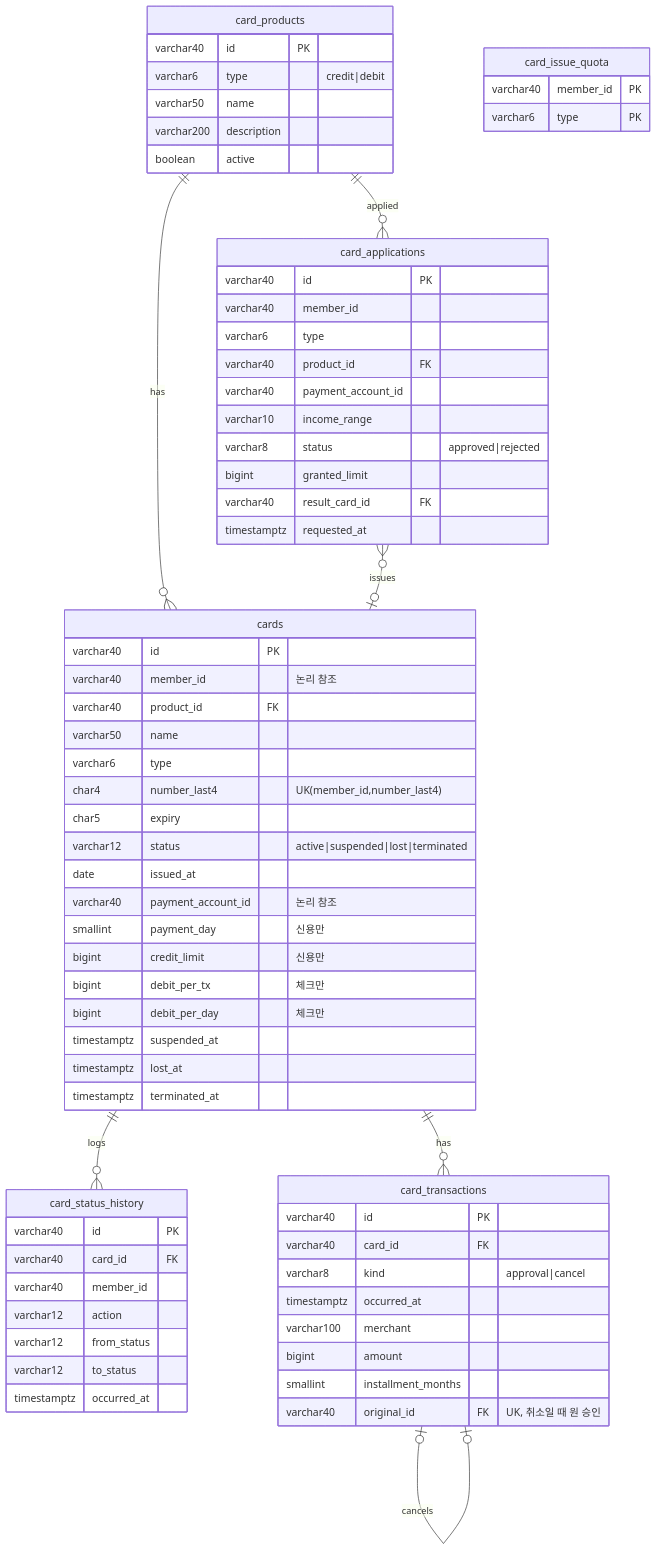
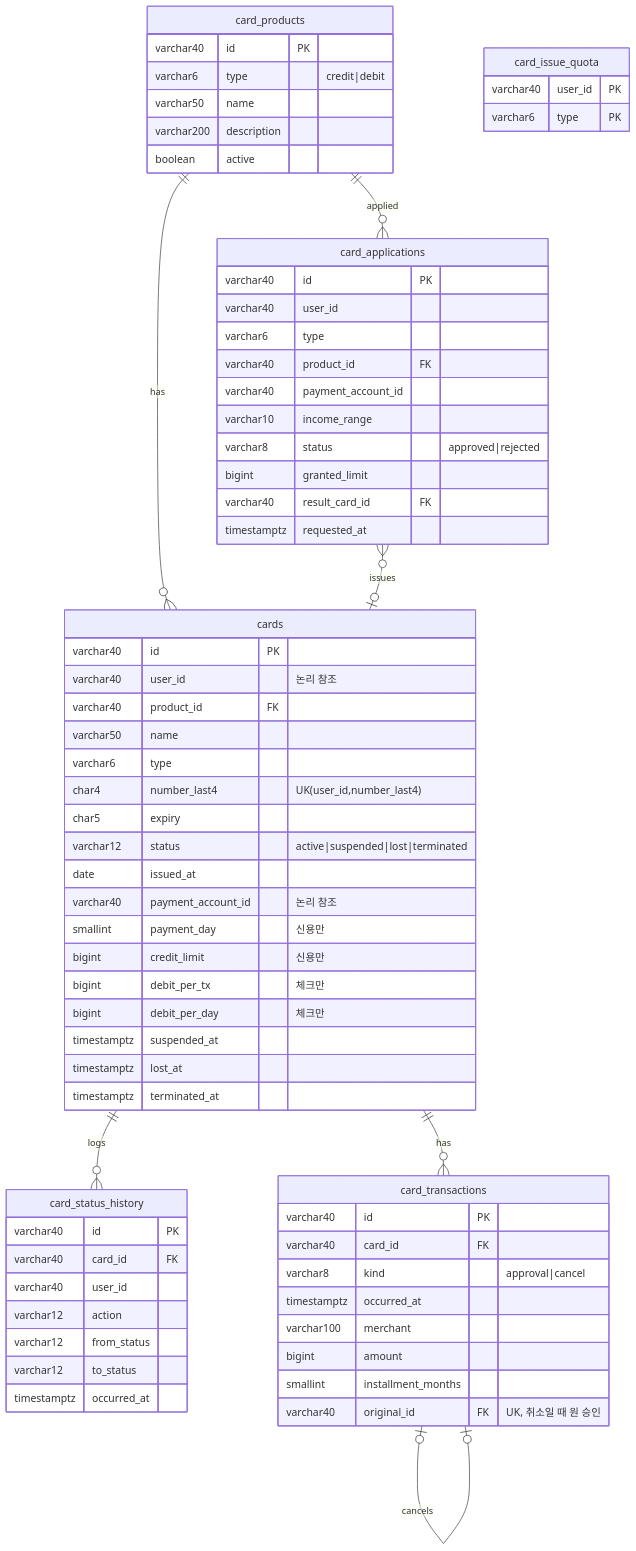
One commit to MumuKim0212/aim-middle-project changed the third of 5 diagrams in docs/db/erd.md. Above: the diagram before and after it, drawn with Mermaid. The commit also changed other lines of this file and 36 other files, not shown here.

````diff
--- a/docs/db/erd.md
+++ b/docs/db/erd.md
@@ -128,70 +139,70 @@
 ```mermaid
 erDiagram
     card_products {
         varchar40 id PK
         varchar6 type "credit|debit"
         varchar50 name
         varchar200 description
         boolean active
     }
     cards {
         varchar40 id PK
-        varchar40 member_id "논리 참조"
+        varchar40 user_id "논리 참조"
         varchar40 product_id FK
         varchar50 name
         varchar6 type
-        char4 number_last4 "UK(member_id,number_last4)"
+        char4 number_last4 "UK(user_id,number_last4)"
         char5 expiry
         varchar12 status "active|suspended|lost|terminated"
         date issued_at
         varchar40 payment_account_id "논리 참조"
         smallint payment_day "신용만"
         bigint credit_limit "신용만"
         bigint debit_per_tx "체크만"
         bigint debit_per_day "체크만"
         timestamptz suspended_at
         timestamptz lost_at
         timestamptz terminated_at
     }
     card_status_history {
         varchar40 id PK
         varchar40 card_id FK
-        varchar40 member_id
+        varchar40 user_id
         varchar12 action
         varchar12 from_status
         varchar12 to_status
         timestamptz occurred_at
     }
     card_transactions {
         varchar40 id PK
         varchar40 card_id FK
         varchar8 kind "approval|cancel"
         timestamptz occurred_at
         varchar100 merchant
         bigint amount
         smallint installment_months
         varchar40 original_id FK "UK, 취소일 때 원 승인"
     }
     card_applications {
         varchar40 id PK
-        varchar40 member_id
+        varchar40 user_id
         varchar6 type
         varchar40 product_id FK
         varchar40 payment_account_id
         varchar10 income_range
         varchar8 status "approved|rejected"
         bigint granted_limit
         varchar40 result_card_id FK
         timestamptz requested_at
     }
     card_issue_quota {
-        varchar40 member_id PK
+        varchar40 user_id PK
         varchar6 type PK
     }
     card_products ||--o{ cards : has
     cards ||--o{ card_status_history : logs
     cards ||--o{ card_transactions : has
     card_transactions |o--o| card_transactions : cancels
     card_products ||--o{ card_applications : applied
     card_applications }o--o| cards : issues
 ```
````
